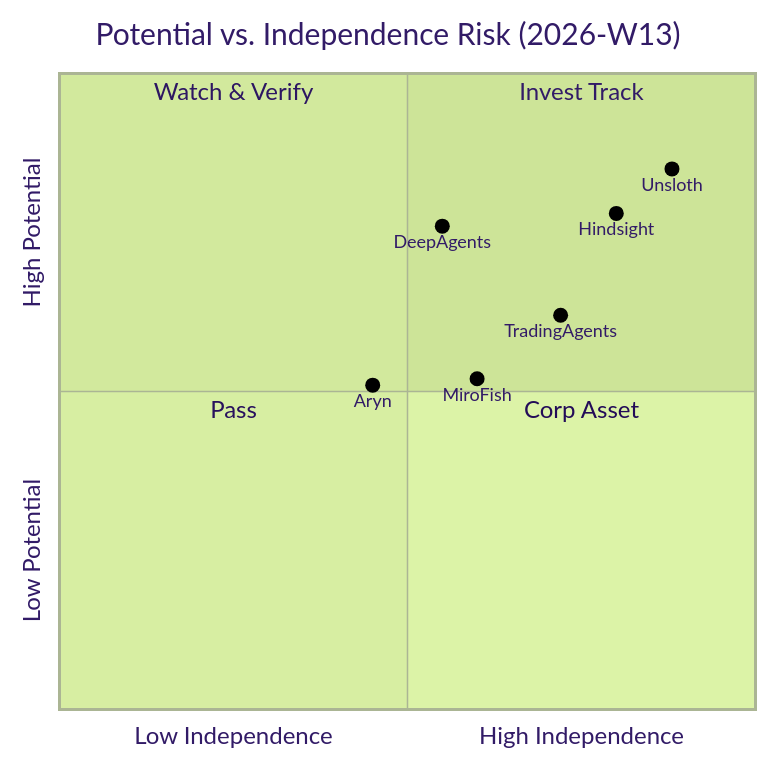
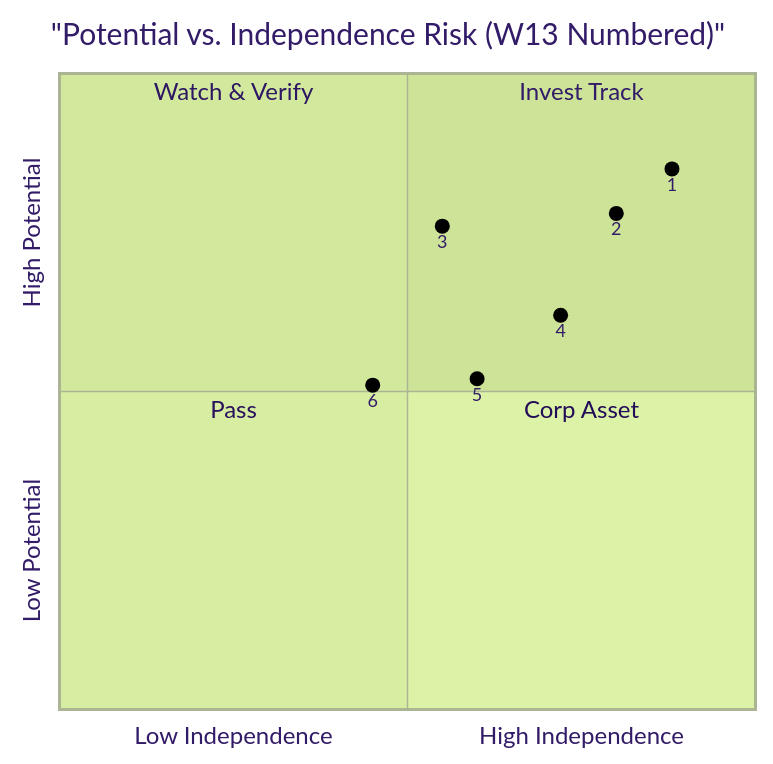
One commit to el09xccxy-stack/agentvc-index changed the first of 3 diagrams in README.md. Above: the diagram before and after it, drawn with Mermaid (forest theme). The commit also changed other lines of this file, not shown here.

Commit message:
docs: redesign charts for better clarity with many projects

````diff
--- a/README.md
+++ b/README.md
@@ -36,16 +37,16 @@
 ```mermaid
 quadrantChart
-    title Potential vs. Independence Risk (2026-W13)
-    x-axis Low Independence --> High Independence
-    y-axis Low Potential --> High Potential
-    quadrant-1 Invest Track
-    quadrant-2 Watch & Verify
-    quadrant-3 Pass
-    quadrant-4 Corp Asset
-    Unsloth: [0.88, 0.85]
-    Hindsight: [0.80, 0.78]
-    DeepAgents: [0.55, 0.76]
-    TradingAgents: [0.72, 0.62]
-    MiroFish: [0.60, 0.52]
-    Aryn: [0.45, 0.51]
+    title "Potential vs. Independence Risk (W13 Numbered)"
+    x-axis "Low Independence" --> "High Independence"
+    y-axis "Low Potential" --> "High Potential"
+    quadrant-1 "Invest Track"
+    quadrant-2 "Watch & Verify"
+    quadrant-3 "Pass"
+    quadrant-4 "Corp Asset"
+    "1": [0.88, 0.85]
+    "2": [0.80, 0.78]
+    "3": [0.55, 0.76]
+    "4": [0.72, 0.62]
+    "5": [0.60, 0.52]
+    "6": [0.45, 0.51]
 ```
````
